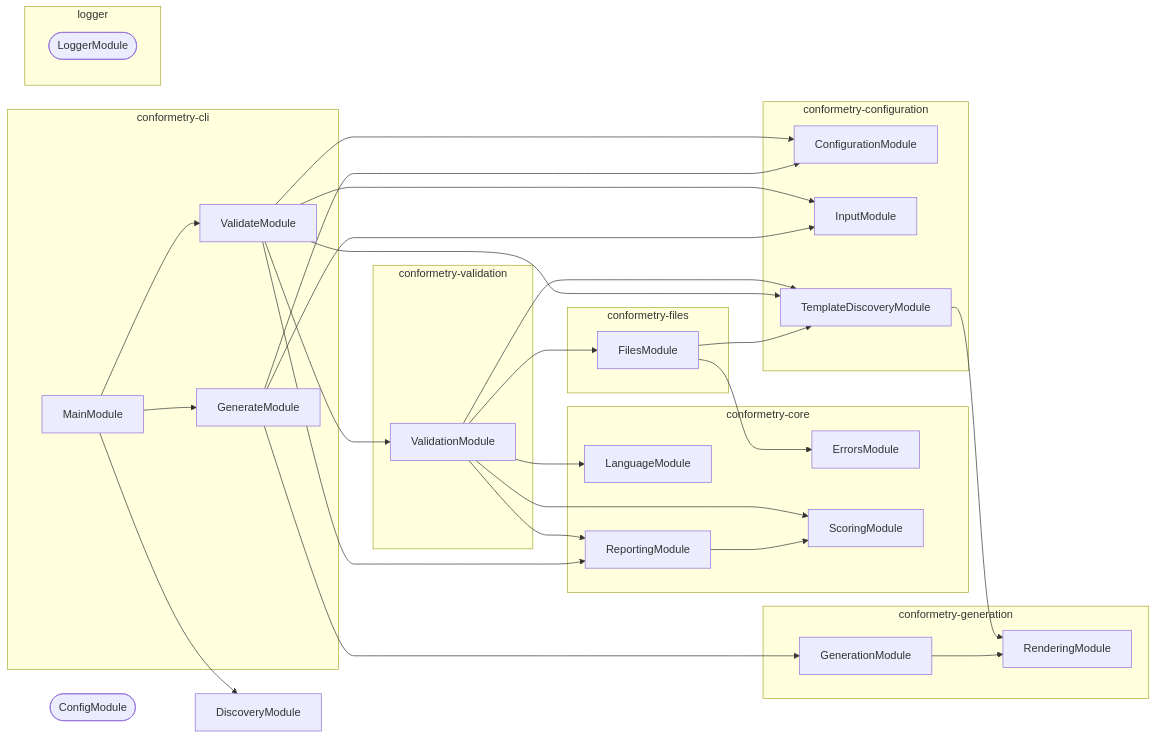
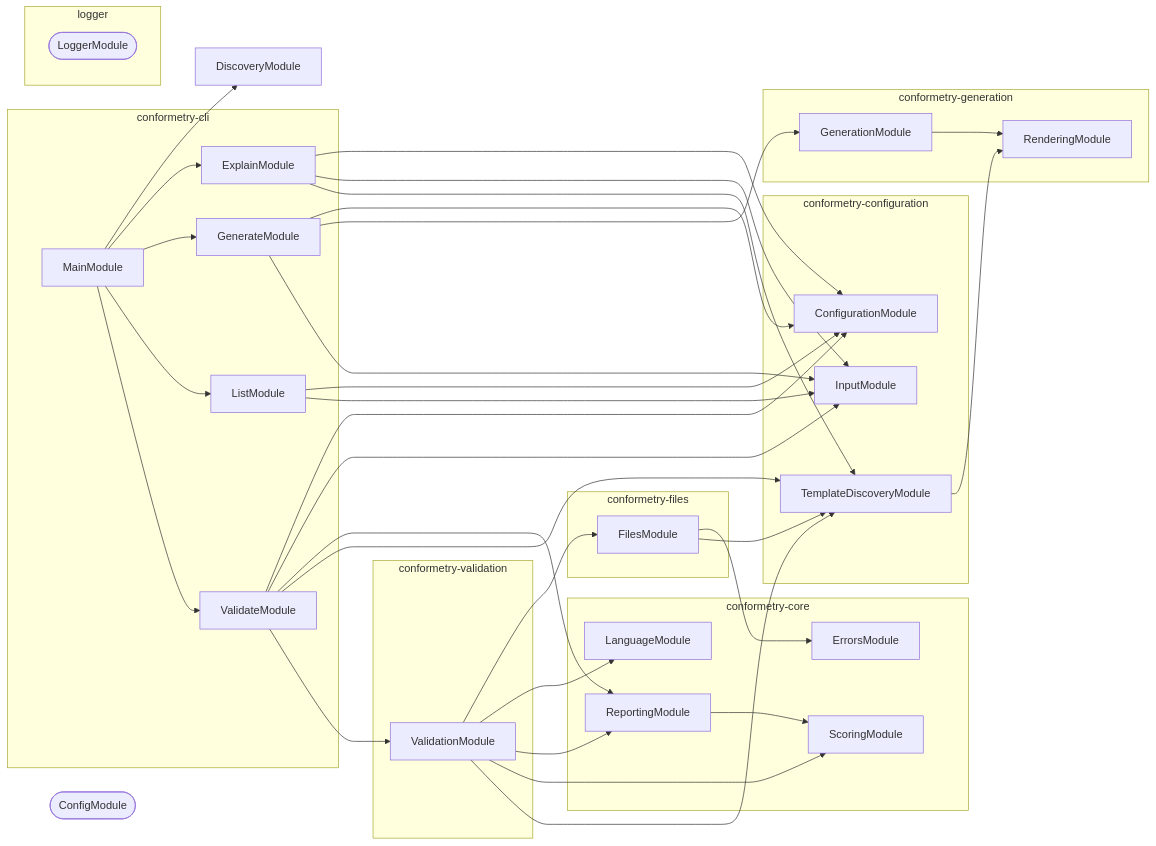
The diagram in packages/conformetry-cli/AGENTS.md (JimmyPaolini/codebase), drawn with Mermaid before and after one commit. The commit also changed 14 other files, not shown here.

Commit message:
feat(conformetry): ✨ explain which template a path is an instance of

````diff
--- a/packages/conformetry-cli/AGENTS.md
+++ b/packages/conformetry-cli/AGENTS.md
@@ -58,55 +58,64 @@
 ```mermaid
 flowchart LR
   subgraph group0["conformetry-cli"]
+    ExplainModule
     GenerateModule
+    ListModule
     MainModule
     ValidateModule
   end
   subgraph group1["conformetry-configuration"]
     ConfigurationModule
     InputModule
     TemplateDiscoveryModule
   end
   subgraph group2["conformetry-core"]
     ErrorsModule
     LanguageModule
     ReportingModule
     ScoringModule
   end
   subgraph group3["conformetry-files"]
     FilesModule
   end
   subgraph group4["conformetry-generation"]
     GenerationModule
     RenderingModule
   end
   subgraph group5["conformetry-validation"]
     ValidationModule
   end
   subgraph group6["logger"]
     LoggerModule([LoggerModule])
   end
   ConfigModule([ConfigModule])
   DiscoveryModule
+  ExplainModule --> ConfigurationModule
+  ExplainModule --> InputModule
+  ExplainModule --> TemplateDiscoveryModule
   FilesModule --> ErrorsModule
   FilesModule --> TemplateDiscoveryModule
   GenerateModule --> ConfigurationModule
   GenerateModule --> GenerationModule
   GenerateModule --> InputModule
   GenerationModule --> RenderingModule
+  ListModule --> ConfigurationModule
+  ListModule --> InputModule
   MainModule --> DiscoveryModule
+  MainModule --> ExplainModule
   MainModule --> GenerateModule
+  MainModule --> ListModule
   MainModule --> ValidateModule
   ReportingModule --> ScoringModule
   TemplateDiscoveryModule --> RenderingModule
   ValidateModule --> ConfigurationModule
   ValidateModule --> InputModule
   ValidateModule --> ReportingModule
   ValidateModule --> TemplateDiscoveryModule
   ValidateModule --> ValidationModule
   ValidationModule --> FilesModule
   ValidationModule --> LanguageModule
   ValidationModule --> ReportingModule
   ValidationModule --> ScoringModule
   ValidationModule --> TemplateDiscoveryModule
 ```
````
